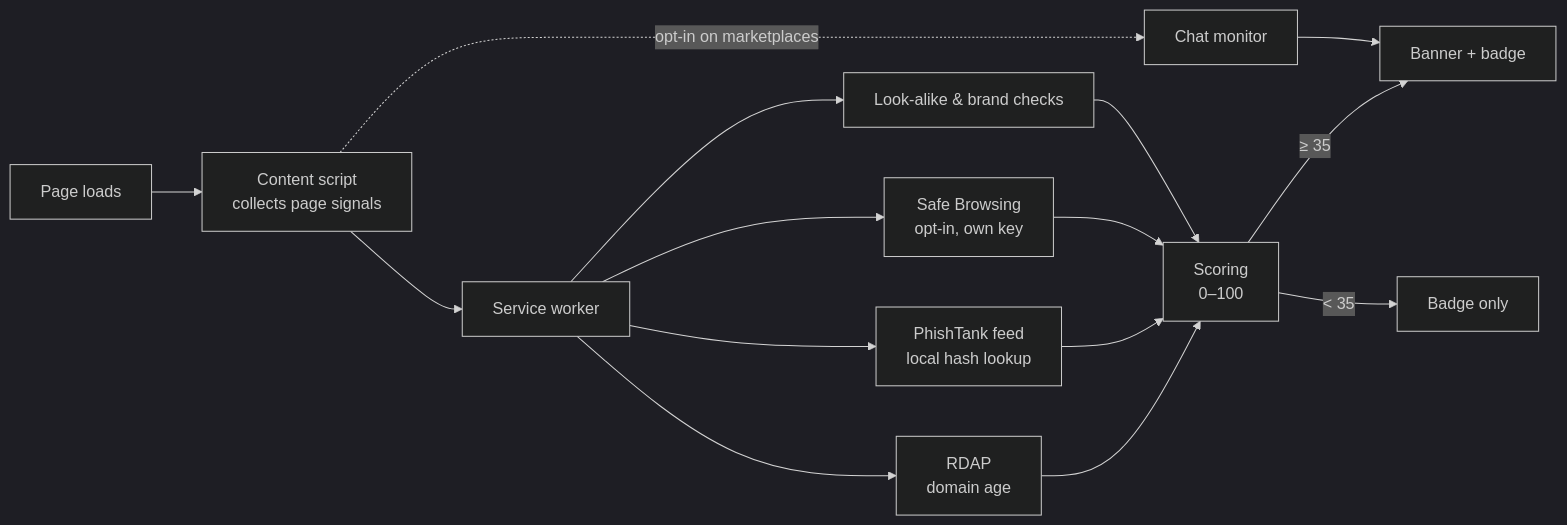
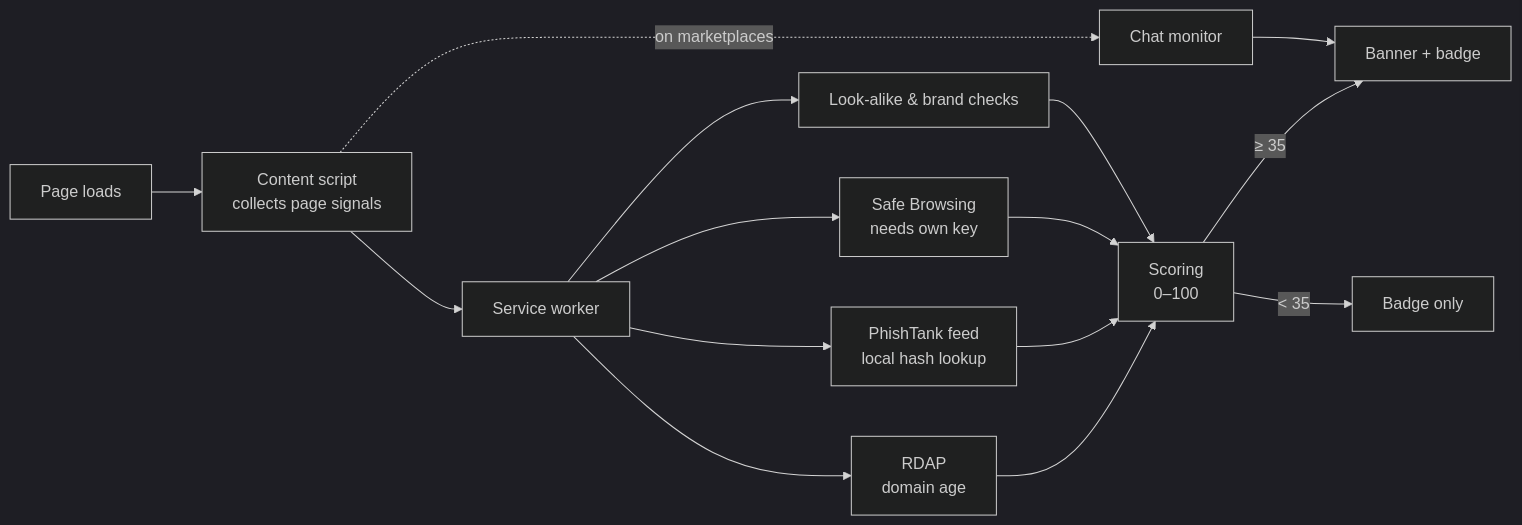
The diagram in README.md (neteinstein/Scam-Detector), drawn with Mermaid (dark theme) before and after one commit. The commit also changed other lines of this file and 33 other files, not shown here.

````diff
--- a/README.md
+++ b/README.md
@@ -90,13 +94,13 @@
 ```mermaid
 flowchart LR
     P[Page loads] --> C[Content script<br/>collects page signals]
     C --> B[Service worker]
     B --> R1[RDAP<br/>domain age]
     B --> R2[PhishTank feed<br/>local hash lookup]
-    B --> R3[Safe Browsing<br/>opt-in, own key]
+    B --> R3[Safe Browsing<br/>needs own key]
     B --> L[Look-alike & brand checks]
     R1 & R2 & R3 & L --> S[Scoring<br/>0–100]
     S -->|≥ 35| W[Banner + badge]
     S -->|< 35| Q[Badge only]
-    C -. opt-in on marketplaces .-> M[Chat monitor] --> W
+    C -. on marketplaces .-> M[Chat monitor] --> W
 ```
````
